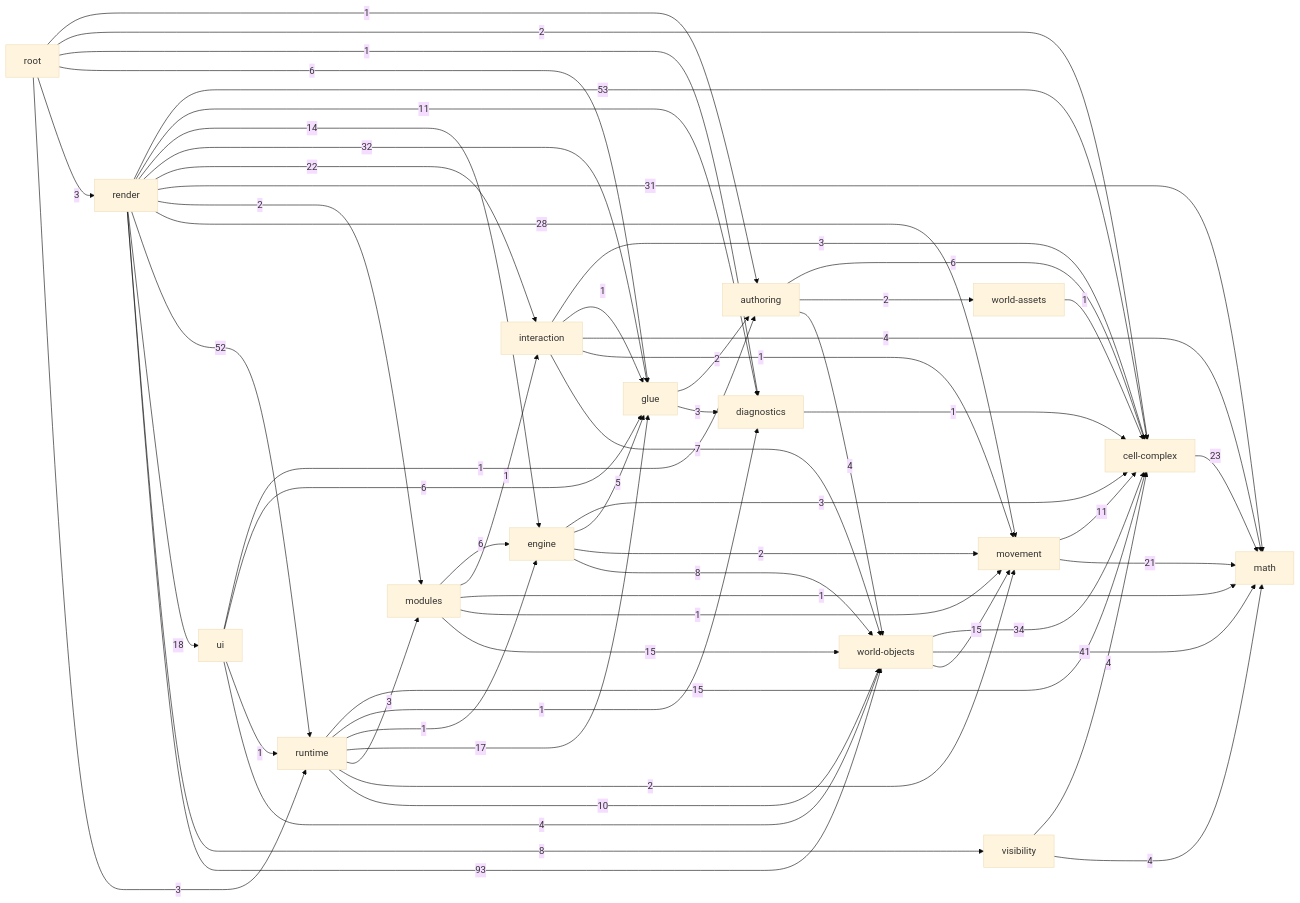
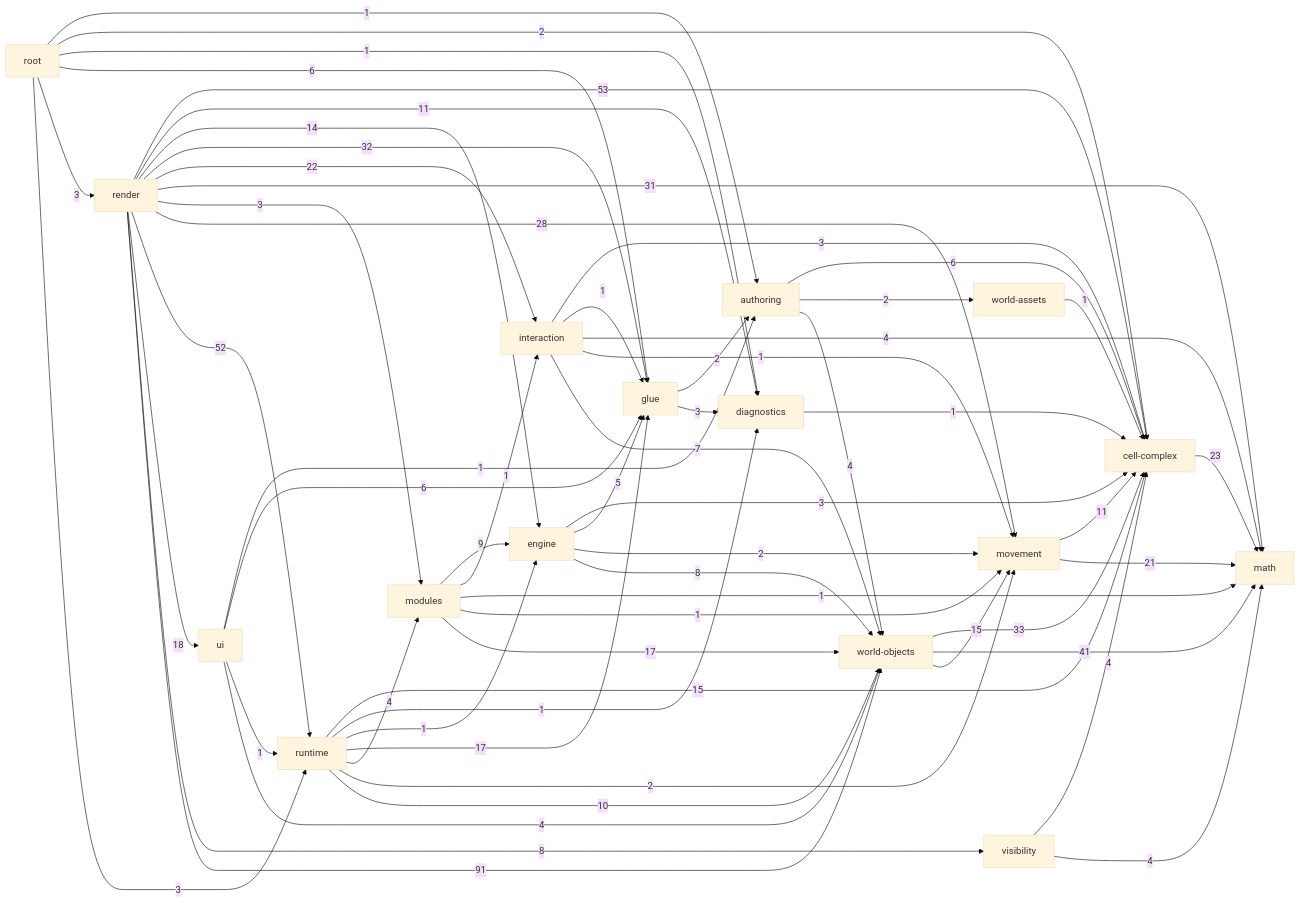
Before and after one commit to guraltsev/noneuclid-fpv: the diagram in _docs/generated/ARCHITECTURE_REFERENCE.md, drawn with Mermaid (base theme). The commit also changed other lines of this file and 29 other files, not shown here.

````diff
--- a/_docs/generated/ARCHITECTURE_REFERENCE.md
+++ b/_docs/generated/ARCHITECTURE_REFERENCE.md
@@ -37,77 +37,77 @@
 ```mermaid
 flowchart LR
   math["math"]
   cell_complex["cell-complex"]
   diagnostics["diagnostics"]
   visibility["visibility"]
   movement["movement"]
   world_assets["world-assets"]
   world_objects["world-objects"]
   authoring["authoring"]
   glue["glue"]
   interaction["interaction"]
   engine["engine"]
   modules["modules"]
   runtime["runtime"]
   ui["ui"]
   render["render"]
   root["root"]
   authoring -->|6| cell_complex
   authoring -->|2| world_assets
   authoring -->|4| world_objects
   cell_complex -->|23| math
   diagnostics -->|1| cell_complex
   engine -->|3| cell_complex
   engine -->|5| glue
   engine -->|2| movement
   engine -->|8| world_objects
   glue -->|2| authoring
   glue -->|3| diagnostics
   interaction -->|3| cell_complex
   interaction -->|1| glue
   interaction -->|4| math
   interaction -->|1| movement
   interaction -->|7| world_objects
-  modules -->|6| engine
+  modules -->|9| engine
   modules -->|1| interaction
   modules -->|1| math
   modules -->|1| movement
-  modules -->|15| world_objects
+  modules -->|17| world_objects
   movement -->|11| cell_complex
   movement -->|21| math
   render -->|53| cell_complex
   render -->|11| diagnostics
   render -->|14| engine
   render -->|32| glue
   render -->|22| interaction
   render -->|31| math
-  render -->|2| modules
+  render -->|3| modules
   render -->|28| movement
   render -->|52| runtime
   render -->|18| ui
   render -->|8| visibility
-  render -->|93| world_objects
+  render -->|91| world_objects
   root -->|1| authoring
   root -->|2| cell_complex
   root -->|1| diagnostics
   root -->|6| glue
   root -->|3| render
   root -->|3| runtime
   runtime -->|15| cell_complex
   runtime -->|1| diagnostics
   runtime -->|1| engine
   runtime -->|17| glue
-  runtime -->|3| modules
+  runtime -->|4| modules
   runtime -->|2| movement
   runtime -->|10| world_objects
   ui -->|1| authoring
   ui -->|6| glue
   ui -->|1| runtime
   ui -->|4| world_objects
   visibility -->|4| cell_complex
   visibility -->|4| math
   world_assets -->|1| cell_complex
-  world_objects -->|34| cell_complex
+  world_objects -->|33| cell_complex
   world_objects -->|41| math
   world_objects -->|15| movement
 ```
````
